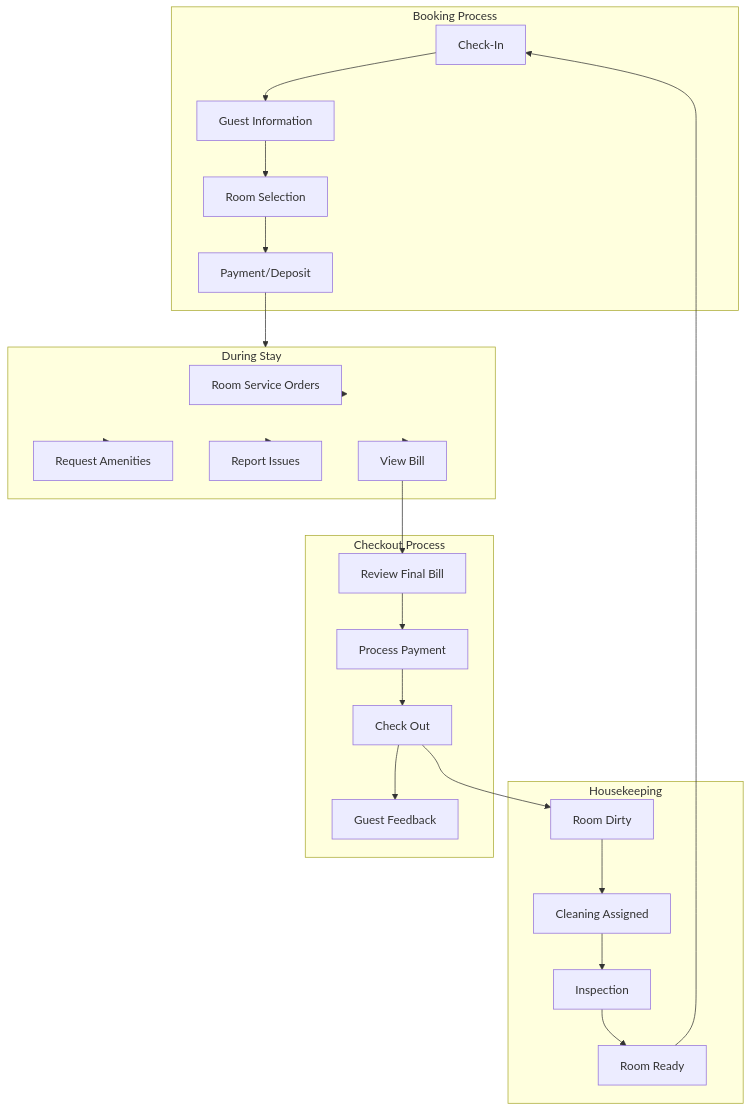
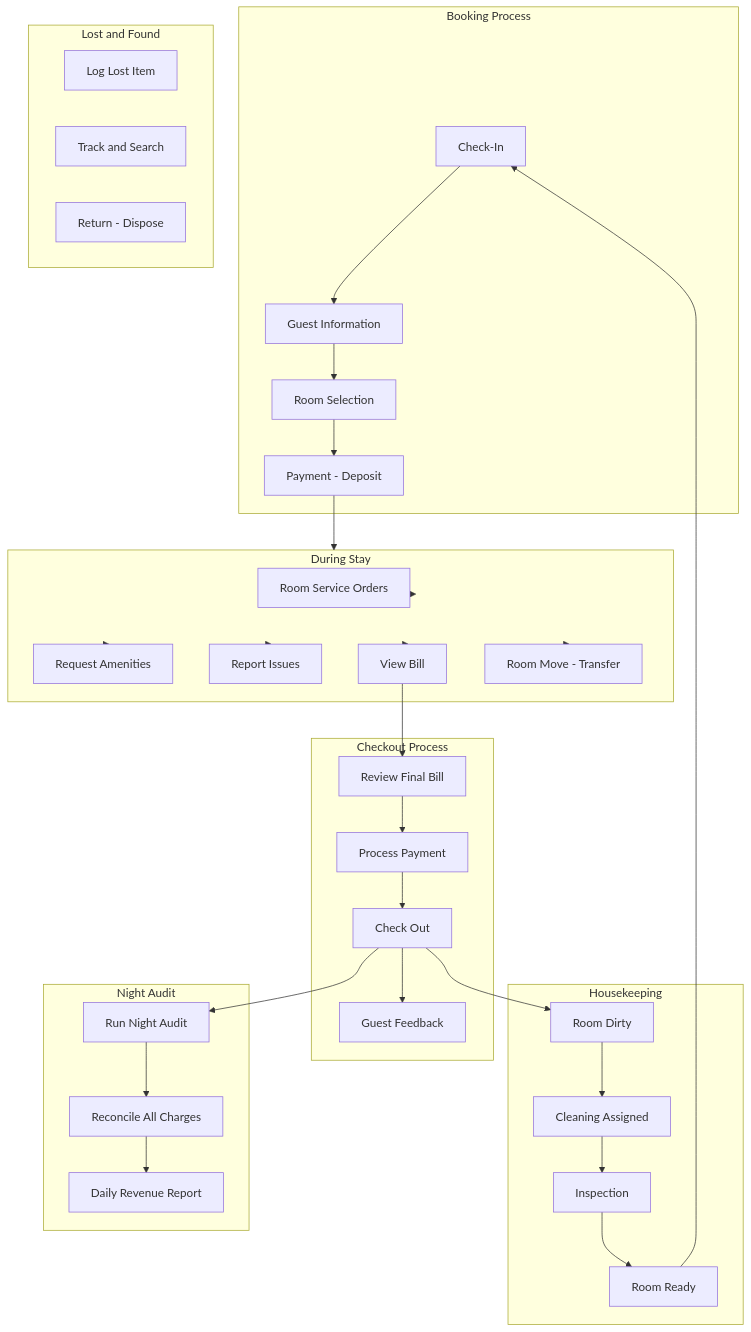
Diagram 11 of 26 in docs/ARCHITECTURE_DEV.md (sudipjangam/tasty-bite-harbor), drawn with Mermaid before and after one commit. The commit also changed other lines of this file and 6 other files, not shown here.

Commit message:
feat: Add comprehensive platform user guide, architecture documentation, and an About section component, alongside dependency updates.

````diff
--- a/docs/ARCHITECTURE_DEV.md
+++ b/docs/ARCHITECTURE_DEV.md
@@ -489,51 +699,69 @@
 ```mermaid
 flowchart TB
     subgraph Booking["Booking Process"]
         CheckIn[Check-In]
         GuestInfo[Guest Information]
         RoomSelect[Room Selection]
-        Payment[Payment/Deposit]
+        Payment["Payment - Deposit"]
     end
     
     subgraph Stay["During Stay"]
         RoomService[Room Service Orders]
         Amenities[Request Amenities]
         Maintenance[Report Issues]
         Billing[View Bill]
+        RoomMove["Room Move - Transfer"]
     end
     
     subgraph Checkout["Checkout Process"]
         ReviewBill[Review Final Bill]
         ProcessPayment[Process Payment]
         CheckOut[Check Out]
         Feedback[Guest Feedback]
     end
     
     subgraph Housekeeping["Housekeeping"]
         Dirty[Room Dirty]
         Cleaning[Cleaning Assigned]
         Inspection[Inspection]
         Ready[Room Ready]
     end
     
+    subgraph NightAuditProc["Night Audit"]
+        AuditRun[Run Night Audit]
+        ReconcileCharges[Reconcile All Charges]
+        GenerateReport[Daily Revenue Report]
+    end
+    
+    subgraph LostFoundProc["Lost and Found"]
+        LogItem[Log Lost Item]
+        TrackItem["Track and Search"]
+        ResolveItem["Return - Dispose"]
+    end
+    
     CheckIn --> GuestInfo
     GuestInfo --> RoomSelect
     RoomSelect --> Payment
     Payment --> Stay
     
     Stay --> RoomService
     Stay --> Amenities
     Stay --> Maintenance
     Stay --> Billing
+    Stay --> RoomMove
     
     Billing --> ReviewBill
     ReviewBill --> ProcessPayment
     ProcessPayment --> CheckOut
     CheckOut --> Feedback
     
     CheckOut --> Dirty
     Dirty --> Cleaning
     Cleaning --> Inspection
     Inspection --> Ready
     Ready --> CheckIn
+    
+    CheckOut --> AuditRun
+    AuditRun --> ReconcileCharges
+    ReconcileCharges --> GenerateReport
 ```
````
